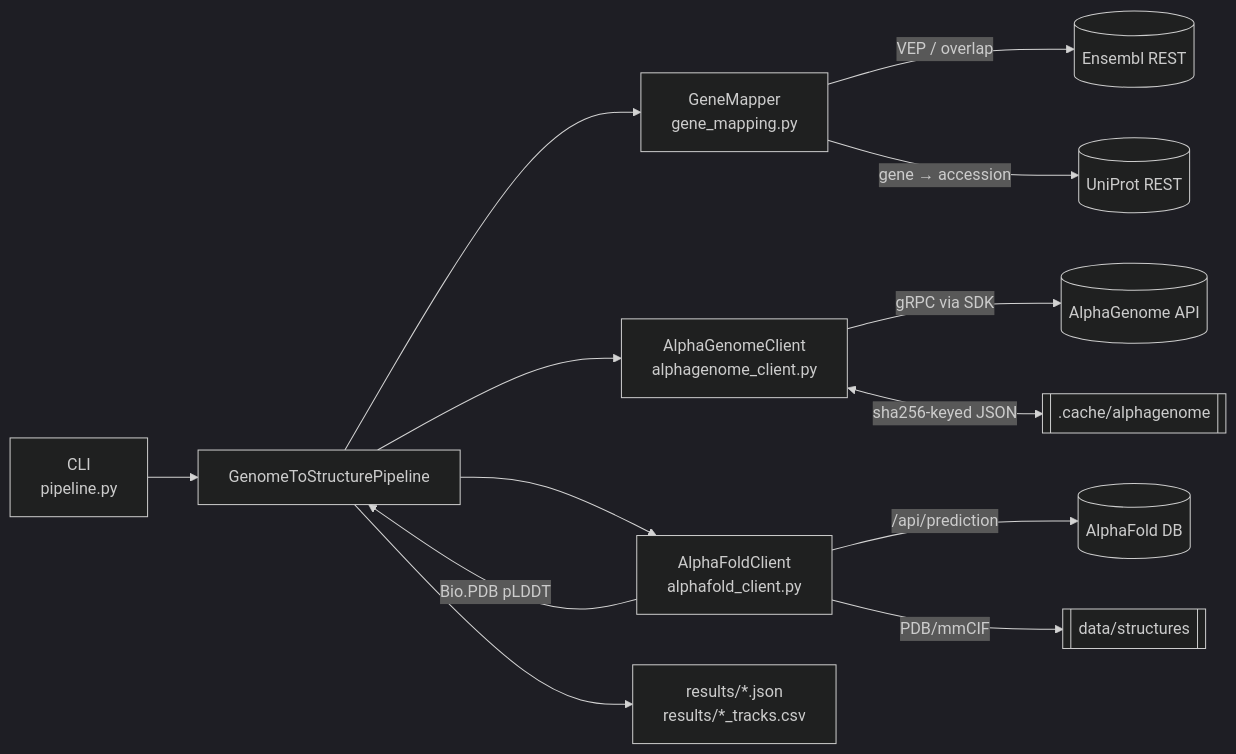
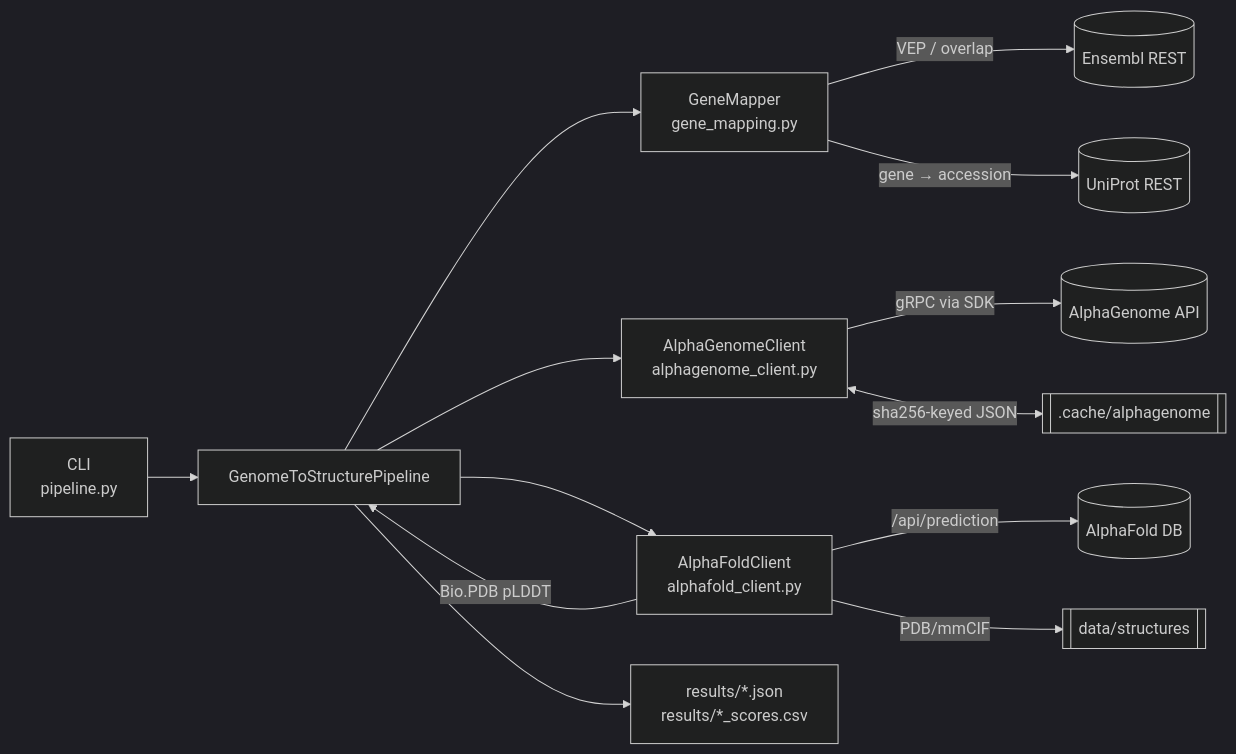
The diagram in README.md (amarcos20/var2fold), drawn with Mermaid (dark theme) before and after one commit. The commit also changed other lines of this file and 5 other files, not shown here.

````diff
--- a/README.md
+++ b/README.md
@@ -13,17 +13,17 @@
 ```mermaid
 flowchart LR
     CLI["CLI<br/>pipeline.py"] --> P[GenomeToStructurePipeline]
     P --> GM["GeneMapper<br/>gene_mapping.py"]
     P --> AG["AlphaGenomeClient<br/>alphagenome_client.py"]
     P --> AF["AlphaFoldClient<br/>alphafold_client.py"]
 
     GM -->|VEP / overlap| ENS[(Ensembl REST)]
     GM -->|gene → accession| UP[(UniProt REST)]
     AG -->|gRPC via SDK| AGAPI[(AlphaGenome API)]
     AG <-->|sha256-keyed JSON| CACHE[[.cache/alphagenome]]
     AF -->|/api/prediction| AFDB[(AlphaFold DB)]
     AF -->|PDB/mmCIF| FILES[[data/structures]]
     AF -->|Bio.PDB pLDDT| P
 
-    P --> OUT["results/*.json<br/>results/*_tracks.csv"]
+    P --> OUT["results/*.json<br/>results/*_scores.csv"]
 ```
````
